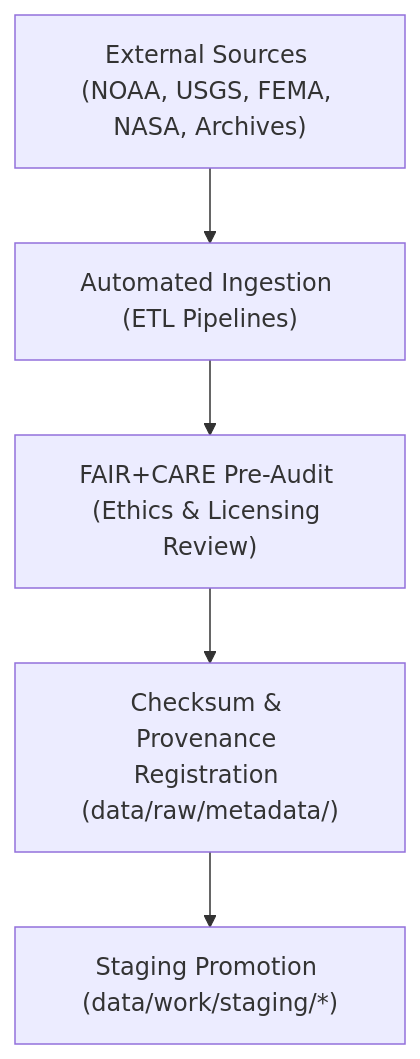
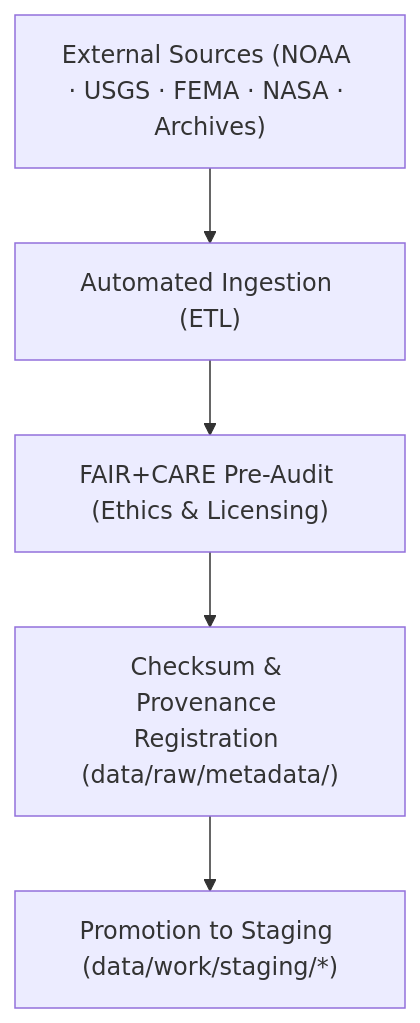
One commit to bartytime4life/Kansas-Frontier-Matrix changed the diagram in data/raw/README.md. Above: the diagram before and after it, drawn with Mermaid. The commit also changed other lines of this file, not shown here.

````diff
--- a/data/raw/README.md
+++ b/data/raw/README.md
@@ -68,7 +69,7 @@
 ```mermaid
 flowchart TD
-    A["External Sources (NOAA, USGS, FEMA, NASA, Archives)"] --> B["Automated Ingestion (ETL Pipelines)"]
-    B --> C["FAIR+CARE Pre-Audit (Ethics & Licensing Review)"]
+    A["External Sources (NOAA · USGS · FEMA · NASA · Archives)"] --> B["Automated Ingestion (ETL)"]
+    B --> C["FAIR+CARE Pre-Audit (Ethics & Licensing)"]
     C --> D["Checksum & Provenance Registration (data/raw/metadata/)"]
-    D --> E["Staging Promotion (data/work/staging/*)"]
+    D --> E["Promotion to Staging (data/work/staging/*)"]
 ```
````
